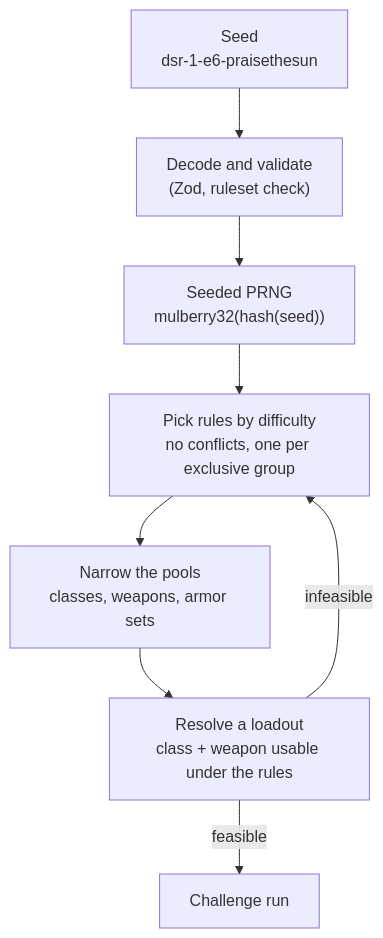
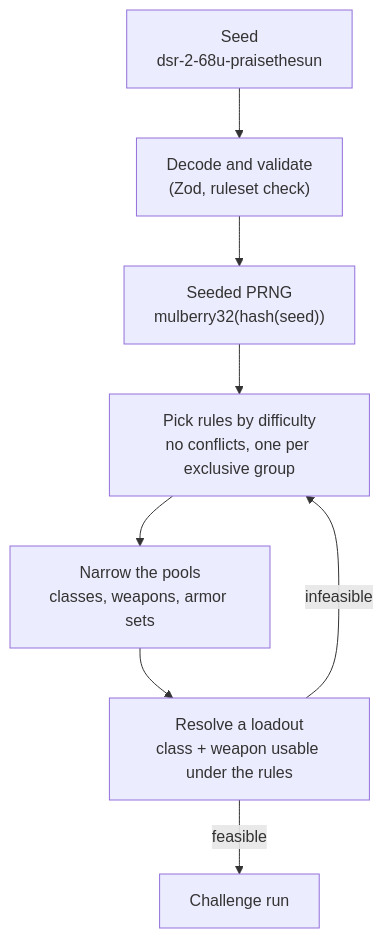
Before and after one commit to localhost-ayu/souls-challenge-generator: the diagram in README.md, drawn with Mermaid. The commit also changed other lines of this file and 23 other files, not shown here.

````diff
--- a/README.md
+++ b/README.md
@@ -37,10 +40,10 @@
 ```mermaid
 flowchart TD
-    seed["Seed<br/>dsr-1-e6-praisethesun"] --> decode["Decode and validate<br/>(Zod, ruleset check)"]
+    seed["Seed<br/>dsr-2-68u-praisethesun"] --> decode["Decode and validate<br/>(Zod, ruleset check)"]
     decode --> rng["Seeded PRNG<br/>mulberry32(hash(seed))"]
     rng --> select["Pick rules by difficulty<br/>no conflicts, one per exclusive group"]
     select --> narrow["Narrow the pools<br/>classes, weapons, armor sets"]
     narrow --> resolve["Resolve a loadout<br/>class + weapon usable under the rules"]
     resolve -->|feasible| run["Challenge run"]
     resolve -->|infeasible| select
 ```
````
